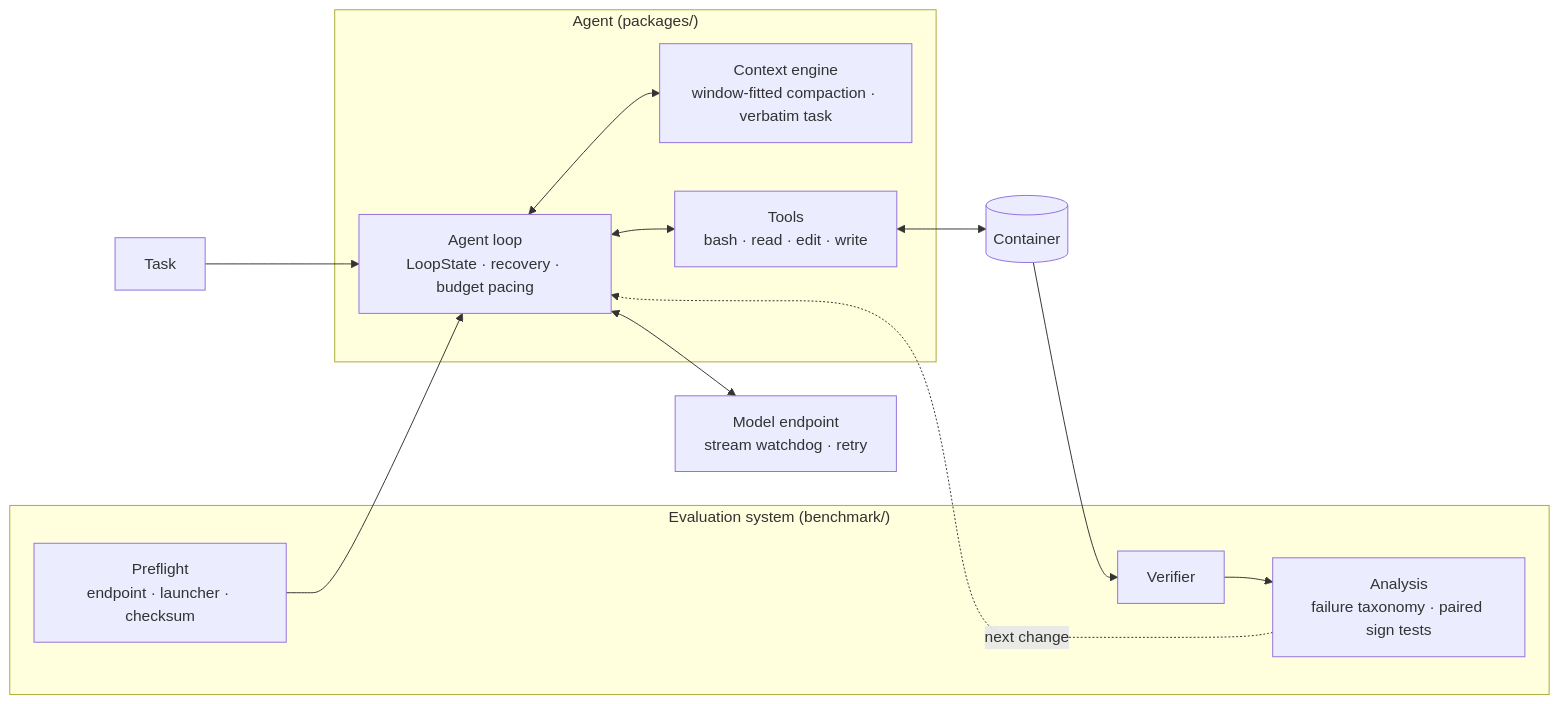
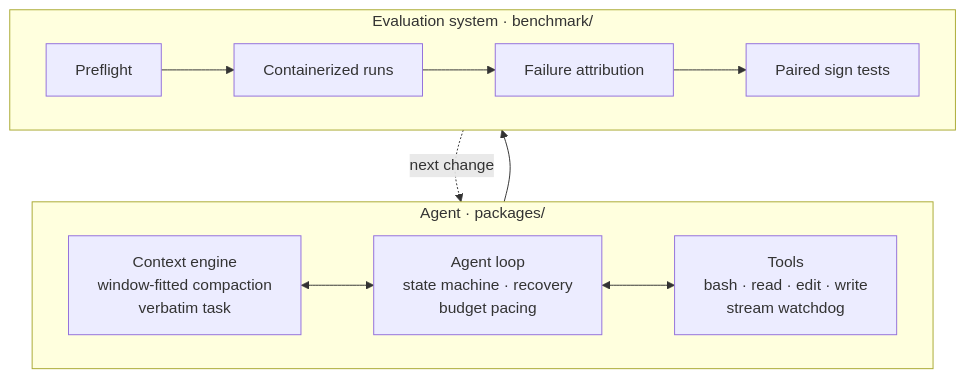
The diagram in README.md (alanhuangyoo/crux), drawn with Mermaid before and after one commit. The commit also changed 1 other file, not shown here.

Commit message:
docs: a two-lane architecture diagram that reads at README width

````diff
--- a/README.md
+++ b/README.md
@@ -82,21 +82,13 @@
 ```mermaid
-flowchart LR
-    task["Task"] --> loop
-    subgraph agent["Agent (packages/)"]
-        loop["Agent loop<br/>LoopState · recovery · budget pacing"]
-        ctx["Context engine<br/>window-fitted compaction · verbatim task"]
-        tools["Tools<br/>bash · read · edit · write"]
-        loop <--> ctx
-        loop <--> tools
+flowchart TB
+    subgraph agent["Agent · packages/"]
+        direction LR
+        ctx["Context engine<br/>window-fitted compaction<br/>verbatim task"] <--> loop["Agent loop<br/>state machine · recovery<br/>budget pacing"] <--> tools["Tools<br/>bash · read · edit · write<br/>stream watchdog"]
     end
-    loop <--> model["Model endpoint<br/>stream watchdog · retry"]
-    tools <--> box[("Container")]
-    subgraph harness["Evaluation system (benchmark/)"]
-        pre["Preflight<br/>endpoint · launcher · checksum"]
-        verify["Verifier"]
-        analysis["Analysis<br/>failure taxonomy · paired sign tests"]
+    subgraph evals["Evaluation system · benchmark/"]
+        direction LR
+        pre["Preflight"] --> run["Containerized runs"] --> attr["Failure attribution"] --> stats["Paired sign tests"]
     end
-    pre --> loop
-    box --> verify --> analysis
-    analysis -. "next change" .-> loop
+    agent --> run
+    stats -. "next change" .-> agent
 ```
````
